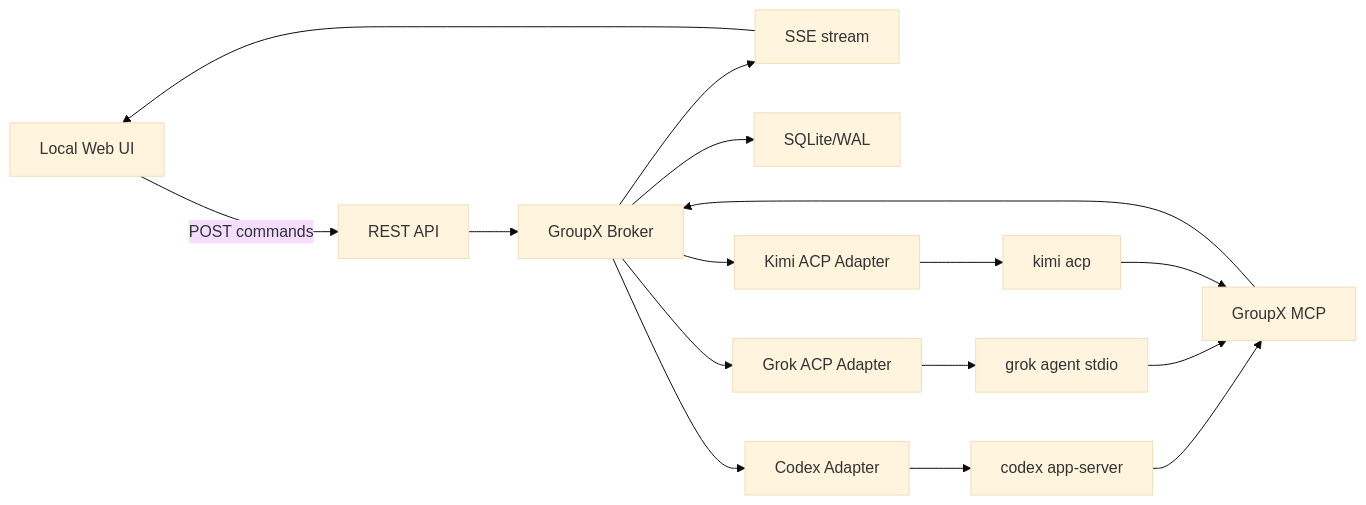
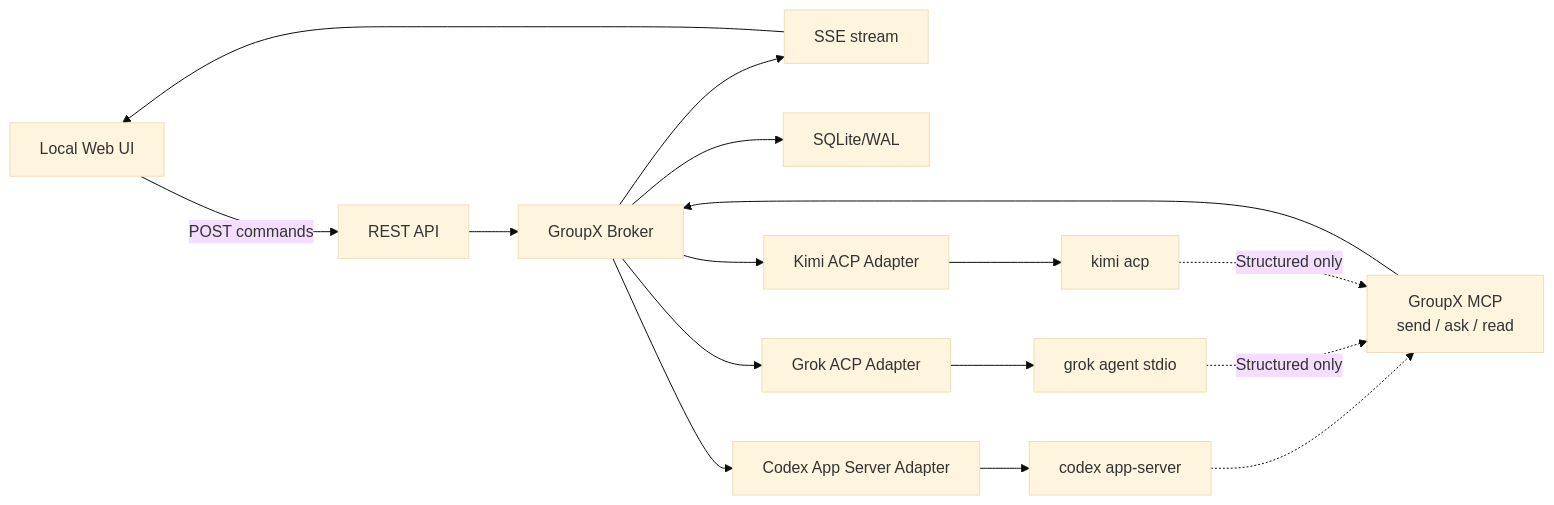
The first of 2 diagrams in docs/IMPLEMENTATION.md (susyimes/GroupX), drawn with Mermaid (base theme) before and after one commit. The commit also changed other lines of this file and 145 other files, not shown here.

Commit message:
[projection-agent] Implement GroupX structured runtime

````diff
--- a/docs/IMPLEMENTATION.md
+++ b/docs/IMPLEMENTATION.md
@@ -53,18 +72,18 @@
 ```mermaid
 flowchart LR
     UI["Local Web UI"] -- "POST commands" --> API["REST API"]
     SSE["SSE stream"] --> UI
     API --> Broker["GroupX Broker"]
     Broker --> SSE
     Broker --> Store["SQLite/WAL"]
-    Broker --> CodexAdapter["Codex Adapter"]
+    Broker --> CodexAdapter["Codex App Server Adapter"]
     Broker --> GrokAdapter["Grok ACP Adapter"]
     Broker --> KimiAdapter["Kimi ACP Adapter"]
-    CodexAdapter --> Codex["codex app-server"]
-    GrokAdapter --> Grok["grok agent stdio"]
-    KimiAdapter --> Kimi["kimi acp"]
-    Codex --> GroupXMCP["GroupX MCP"]
-    Grok --> GroupXMCP
-    Kimi --> GroupXMCP
+    CodexAdapter --> CodexNative["codex app-server"]
+    GrokAdapter --> GrokNative["grok agent stdio"]
+    KimiAdapter --> KimiNative["kimi acp"]
+    CodexNative -.-> GroupXMCP["GroupX MCP<br/>send / ask / read"]
+    GrokNative -. "Structured only" .-> GroupXMCP
+    KimiNative -. "Structured only" .-> GroupXMCP
     GroupXMCP --> Broker
 ```
````
